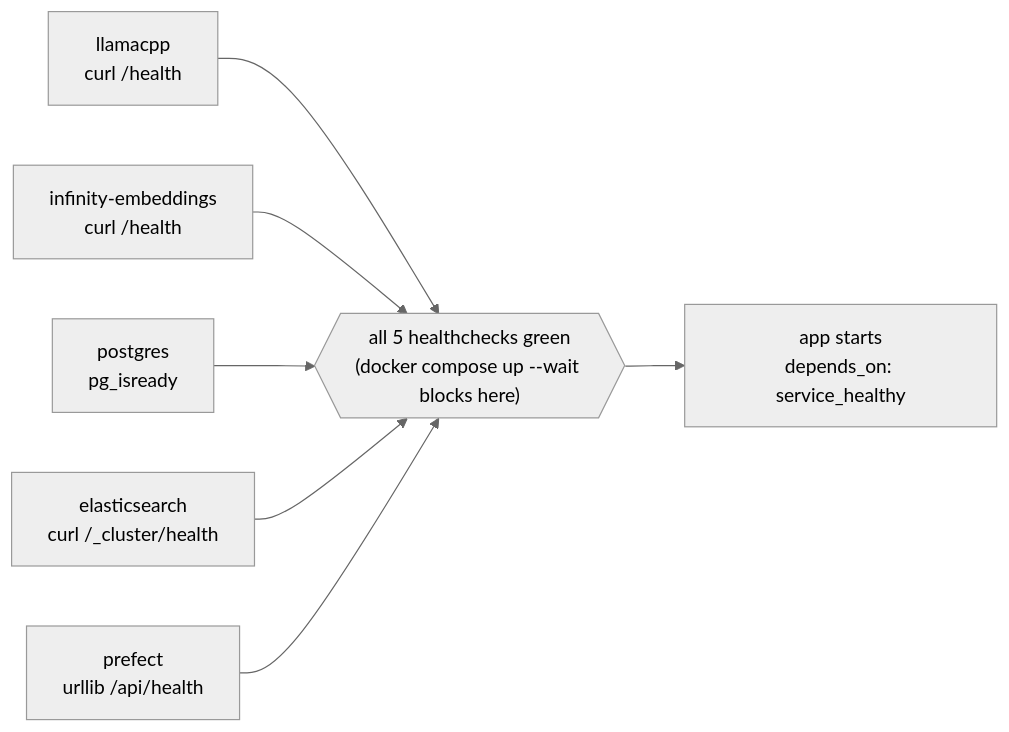
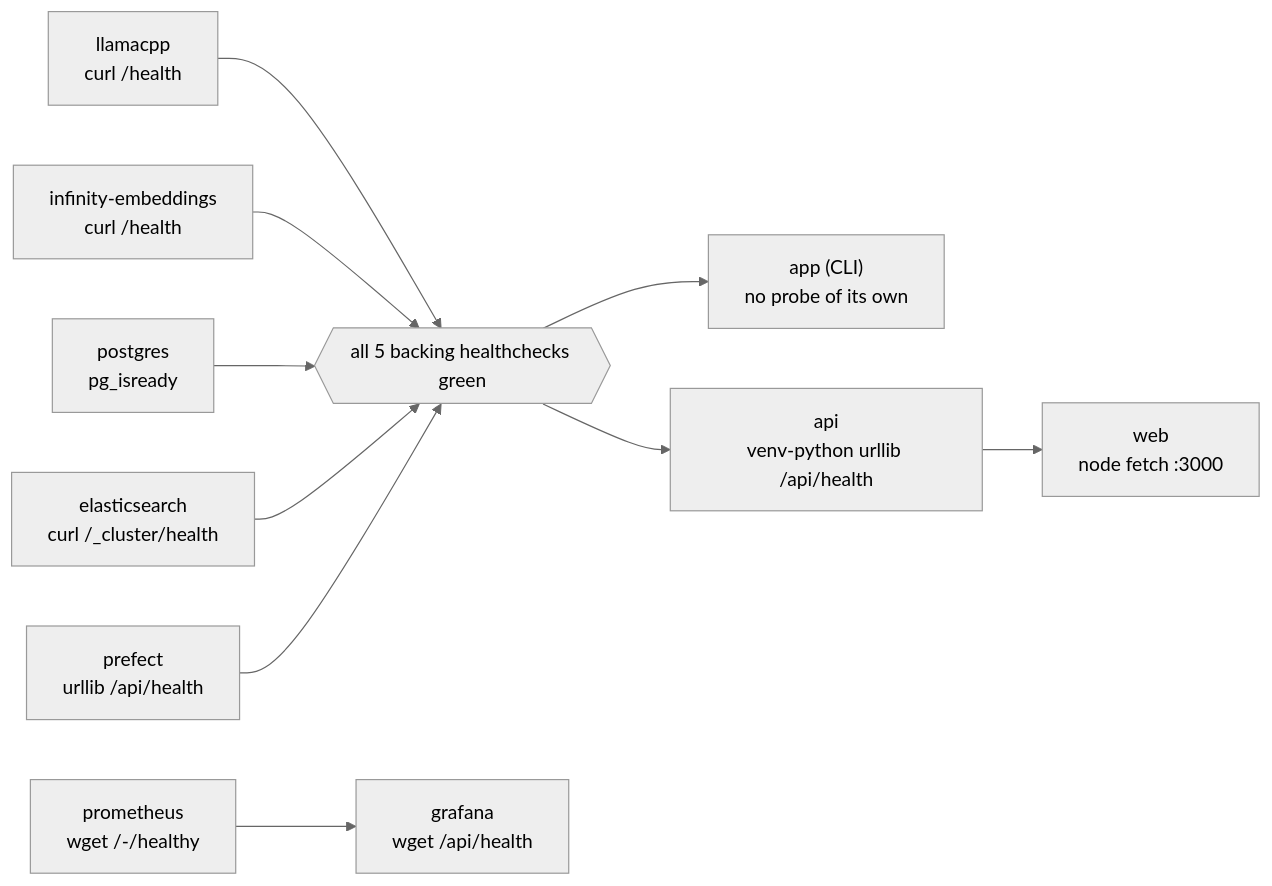
The first of 2 diagrams in golden-docs/runbook.md (luisegarduno/varagity), drawn with Mermaid (neutral theme) before and after one commit. The commit also changed other lines of this file and 6 other files, not shown here.

````diff
--- a/golden-docs/runbook.md
+++ b/golden-docs/runbook.md
@@ -70,9 +82,12 @@
 ```mermaid
 flowchart LR
     llamacpp["llamacpp<br/>curl /health"] --> gate
     infinity["infinity-embeddings<br/>curl /health"] --> gate
     postgres["postgres<br/>pg_isready"] --> gate
     elasticsearch["elasticsearch<br/>curl /_cluster/health"] --> gate
     prefect["prefect<br/>urllib /api/health"] --> gate
-    gate{{"all 5 healthchecks green<br/>(docker compose up --wait blocks here)"}} --> app["app starts<br/>depends_on: service_healthy"]
+    gate{{"all 5 backing healthchecks green"}} --> app["app (CLI)<br/>no probe of its own"]
+    gate --> api["api<br/>venv-python urllib /api/health"]
+    api --> web["web<br/>node fetch :3000"]
+    prometheus["prometheus<br/>wget /-/healthy"] --> grafana["grafana<br/>wget /api/health"]
 ```
````
